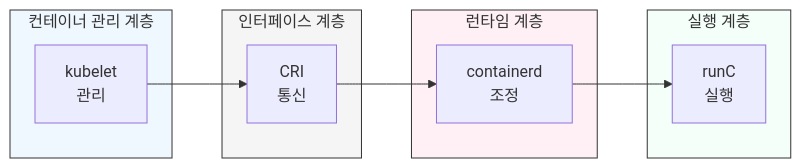
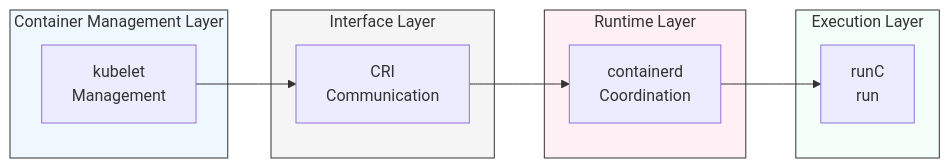
The fourth of 4 diagrams in i18n/en/docusaurus-plugin-content-blog/blog/2025-02-01/from-linux-kernel-to-kubernetes.md (doxxx93/doxxx.dev), drawn with Mermaid before and after one commit. The commit also changed other lines of this file and 6 other files, not shown here.

````diff
--- a/i18n/en/docusaurus-plugin-content-blog/blog/2025-02-01/from-linux-kernel-to-kubernetes.md
+++ b/i18n/en/docusaurus-plugin-content-blog/blog/2025-02-01/from-linux-kernel-to-kubernetes.md
@@ -241,26 +239,26 @@
 ```mermaid
 flowchart LR
-    subgraph Management[컨테이너 관리 계층]
-        kubelet[kubelet<br/>관리]
+    subgraph Management[Container Management Layer]
+        kubelet[kubelet<br/>Management]
     end
 
-    subgraph Interface[인터페이스 계층]
-        cri[CRI<br/>통신]
+    subgraph Interface[Interface Layer]
+        cri[CRI<br/>Communication]
     end
 
-    subgraph Runtime[런타임 계층]
-        containerd[containerd<br/>조정]
+    subgraph Runtime[Runtime Layer]
+        containerd[containerd<br/>Coordination]
     end
 
-    subgraph Execution[실행 계층]
-        runc[runC<br/>실행]
+    subgraph Execution[Execution Layer]
+        runc[runC<br/>run]
     end
 
     kubelet --> cri
     cri --> containerd
     containerd --> runc
     style Management fill: #f0f8ff, stroke: #333
     style Interface fill: #f5f5f5, stroke: #333
     style Runtime fill: #fff0f5, stroke: #333
     style Execution fill: #f5fffa, stroke: #333
 ```
````
